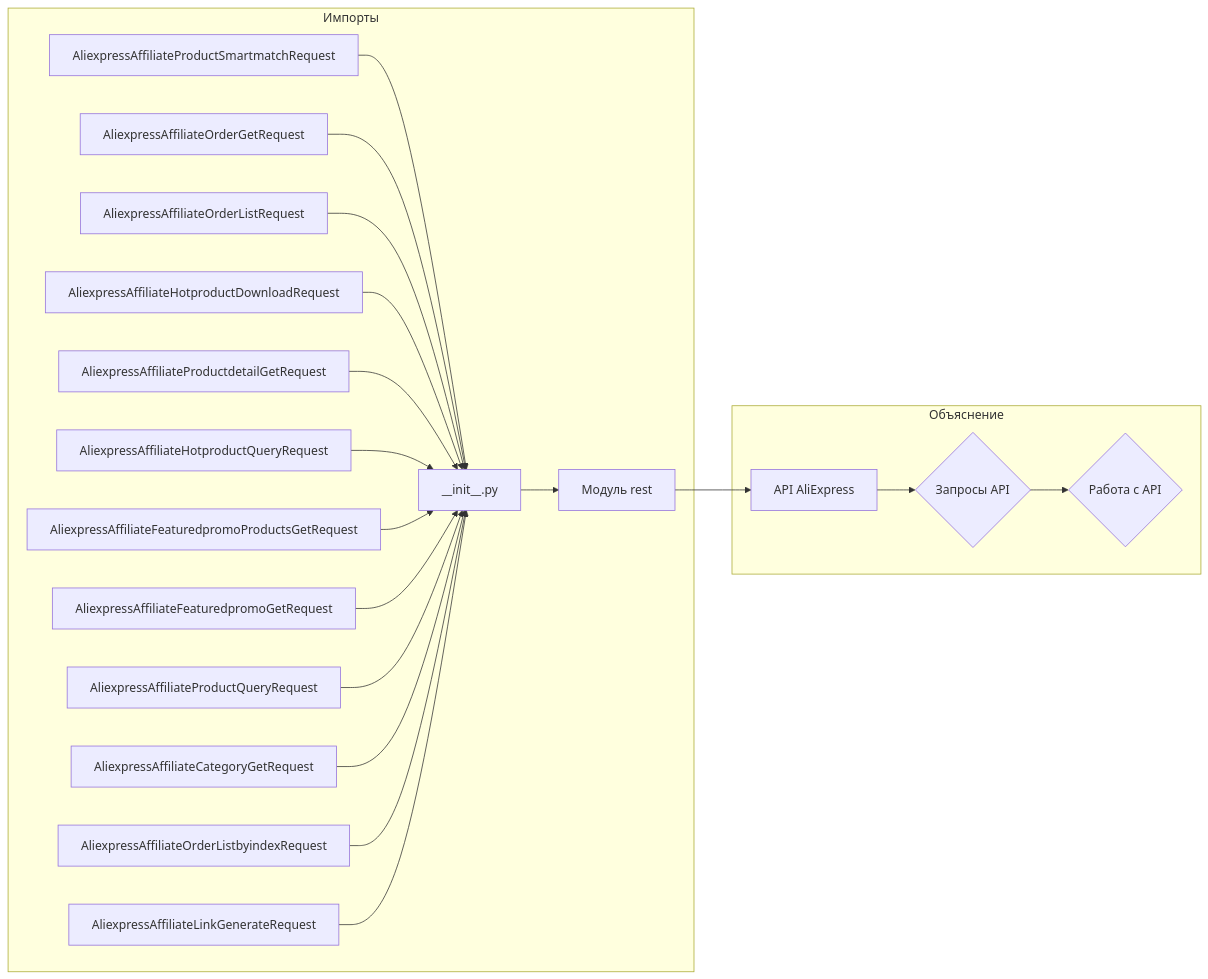
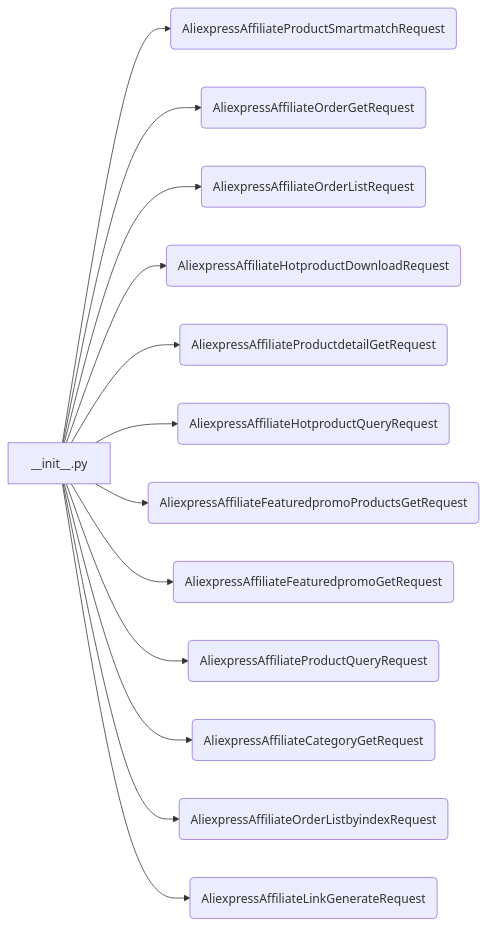
One commit to hypo69/hypo changed the diagram in docs/gemini/ru/explainer/src/suppliers/aliexpress/api/_examples/rest/__init__.md. Above: the diagram before and after it, drawn with Mermaid. The commit also changed other lines of this file and 19 other files, not shown here.

````diff
--- a/docs/gemini/ru/explainer/src/suppliers/aliexpress/api/_examples/rest/__init__.md
+++ b/docs/gemini/ru/explainer/src/suppliers/aliexpress/api/_examples/rest/__init__.md
@@ -29,23 +29,16 @@
 ```mermaid
 graph LR
-    subgraph Импорты
-        A[AliexpressAffiliateProductSmartmatchRequest] --> B;
-        C[AliexpressAffiliateOrderGetRequest] --> B;
-        D[AliexpressAffiliateOrderListRequest] --> B;
-        E[AliexpressAffiliateHotproductDownloadRequest] --> B;
-        F[AliexpressAffiliateProductdetailGetRequest] --> B;
-        G[AliexpressAffiliateHotproductQueryRequest] --> B;
-        H[AliexpressAffiliateFeaturedpromoProductsGetRequest] --> B;
-        I[AliexpressAffiliateFeaturedpromoGetRequest] --> B;
-        J[AliexpressAffiliateProductQueryRequest] --> B;
-        K[AliexpressAffiliateCategoryGetRequest] --> B;
-        L[AliexpressAffiliateOrderListbyindexRequest] --> B;
-        M[AliexpressAffiliateLinkGenerateRequest] --> B;
-        B[__init__.py] --> N;
-    end
-    N[Модуль rest] --> O[API AliExpress];
-    subgraph Объяснение
-        O --> P{Запросы API};
-        P --> Q{Работа с API};
-    end
+    A[__init__.py] --> B(AliexpressAffiliateProductSmartmatchRequest);
+    A --> C(AliexpressAffiliateOrderGetRequest);
+    A --> D(AliexpressAffiliateOrderListRequest);
+    A --> E(AliexpressAffiliateHotproductDownloadRequest);
+    A --> F(AliexpressAffiliateProductdetailGetRequest);
+    A --> G(AliexpressAffiliateHotproductQueryRequest);
+    A --> H(AliexpressAffiliateFeaturedpromoProductsGetRequest);
+    A --> I(AliexpressAffiliateFeaturedpromoGetRequest);
+    A --> J(AliexpressAffiliateProductQueryRequest);
+    A --> K(AliexpressAffiliateCategoryGetRequest);
+    A --> L(AliexpressAffiliateOrderListbyindexRequest);
+    A --> M(AliexpressAffiliateLinkGenerateRequest);
+
 ```
````
